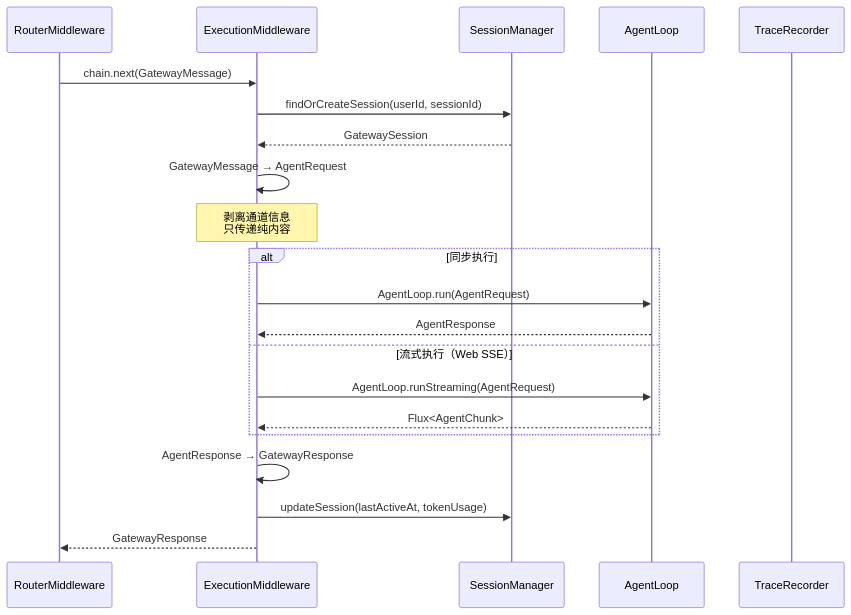
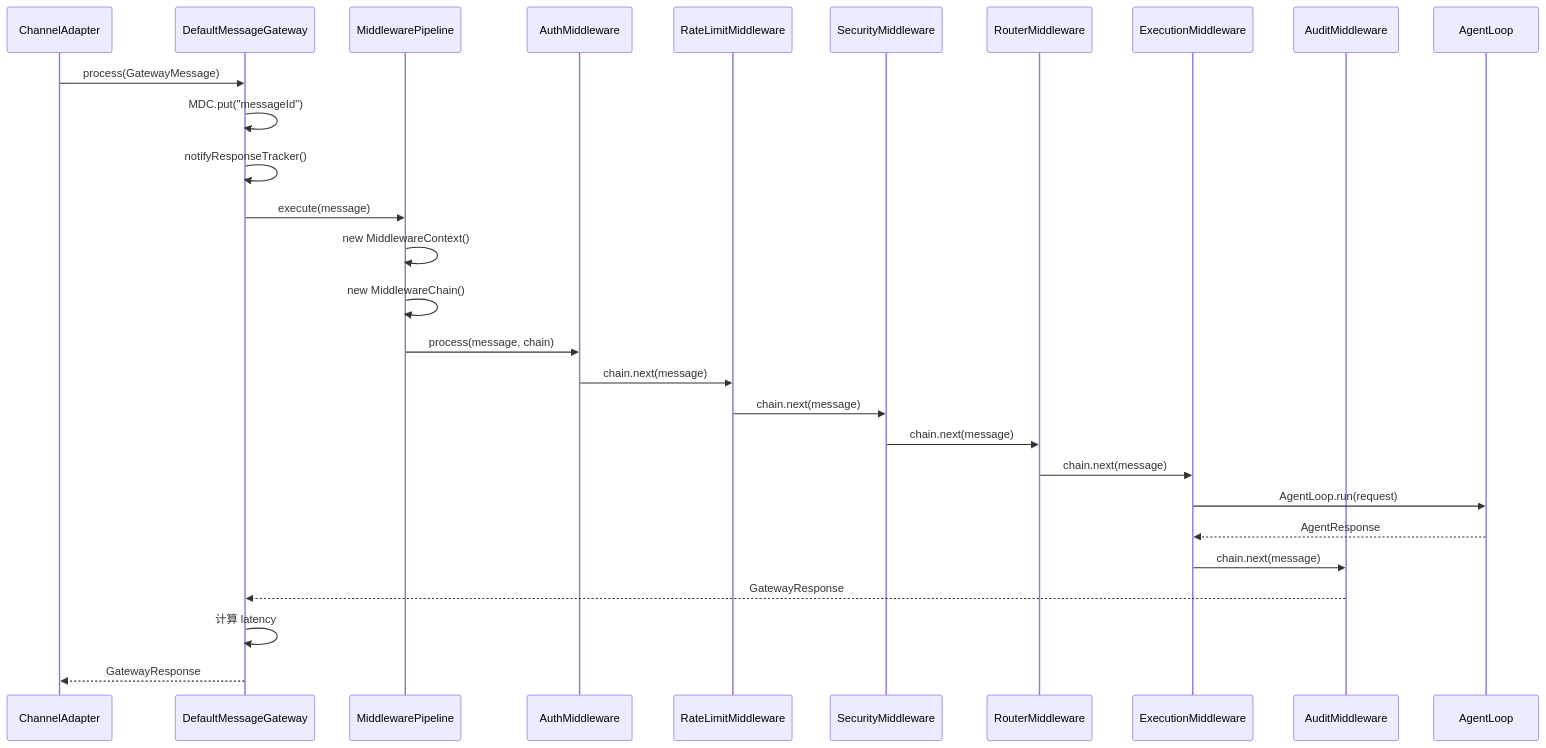
One commit to ntygod/LifePilot changed the second of 3 diagrams in docs/architecture/gateway-middleware.md. Above: the diagram before and after it, drawn with Mermaid. The commit also changed other lines of this file and 2 other files, not shown here.

Commit message:
docs(interaction): 重写 cli-interaction、gateway-middleware 架构文档和 gateway-channels 特性文档

````diff
--- a/docs/architecture/gateway-middleware.md
+++ b/docs/architecture/gateway-middleware.md
@@ -4034,26 +144,31 @@
 ```mermaid
 sequenceDiagram
-    participant Router as RouterMiddleware
-    participant Exec as ExecutionMiddleware
-    participant Session as SessionManager
-    participant Agent as AgentLoop
-    participant Trace as TraceRecorder
+    participant CH as ChannelAdapter
+    participant GW as DefaultMessageGateway
+    participant PP as MiddlewarePipeline
+    participant AUTH as AuthMiddleware
+    participant RL as RateLimitMiddleware
+    participant SEC as SecurityMiddleware
+    participant RT as RouterMiddleware
+    participant EX as ExecutionMiddleware
+    participant AD as AuditMiddleware
+    participant AL as AgentLoop
 
-    Router->>Exec: chain.next(GatewayMessage)
-    Exec->>Session: findOrCreateSession(userId, sessionId)
-    Session-->>Exec: GatewaySession
-    Exec->>Exec: GatewayMessage → AgentRequest
-    Note over Exec: 剥离通道信息<br/>只传递纯内容
-
-    alt 同步执行
-        Exec->>Agent: AgentLoop.run(AgentRequest)
-        Agent-->>Exec: AgentResponse
-    else 流式执行（Web SSE）
-        Exec->>Agent: AgentLoop.runStreaming(AgentRequest)
-        Agent-->>Exec: Flux<AgentChunk>
-    end
-
-    Exec->>Exec: AgentResponse → GatewayResponse
-    Exec->>Session: updateSession(lastActiveAt, tokenUsage)
-    Exec-->>Router: GatewayResponse
+    CH->>GW: process(GatewayMessage)
+    GW->>GW: MDC.put("messageId")
+    GW->>GW: notifyResponseTracker()
+    GW->>PP: execute(message)
+    PP->>PP: new MiddlewareContext()
+    PP->>PP: new MiddlewareChain()
+    PP->>AUTH: process(message, chain)
+    AUTH->>RL: chain.next(message)
+    RL->>SEC: chain.next(message)
+    SEC->>RT: chain.next(message)
+    RT->>EX: chain.next(message)
+    EX->>AL: AgentLoop.run(request)
+    AL-->>EX: AgentResponse
+    EX->>AD: chain.next(message)
+    AD-->>GW: GatewayResponse
+    GW->>GW: 计算 latency
+    GW-->>CH: GatewayResponse
 ```
````
